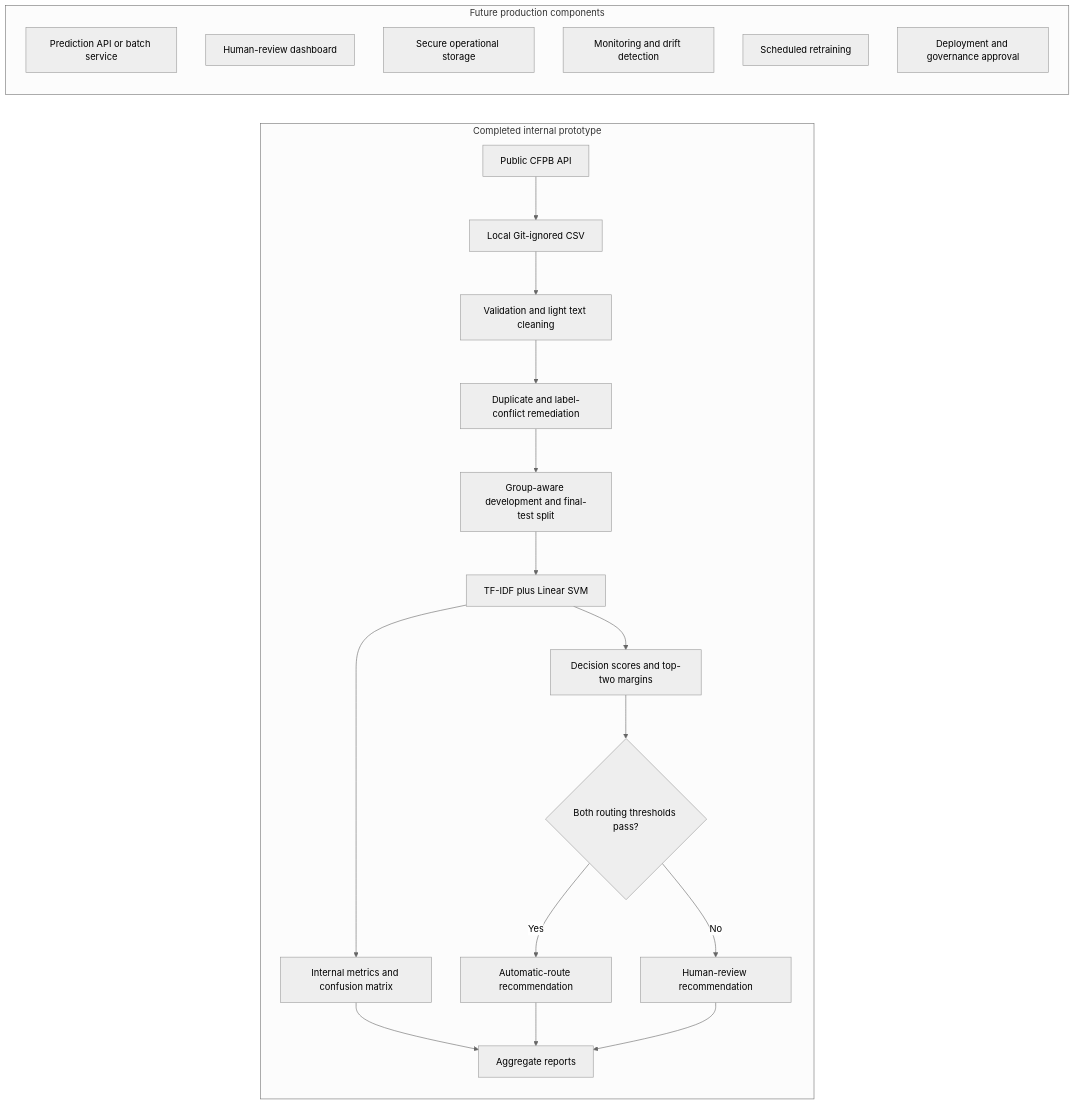
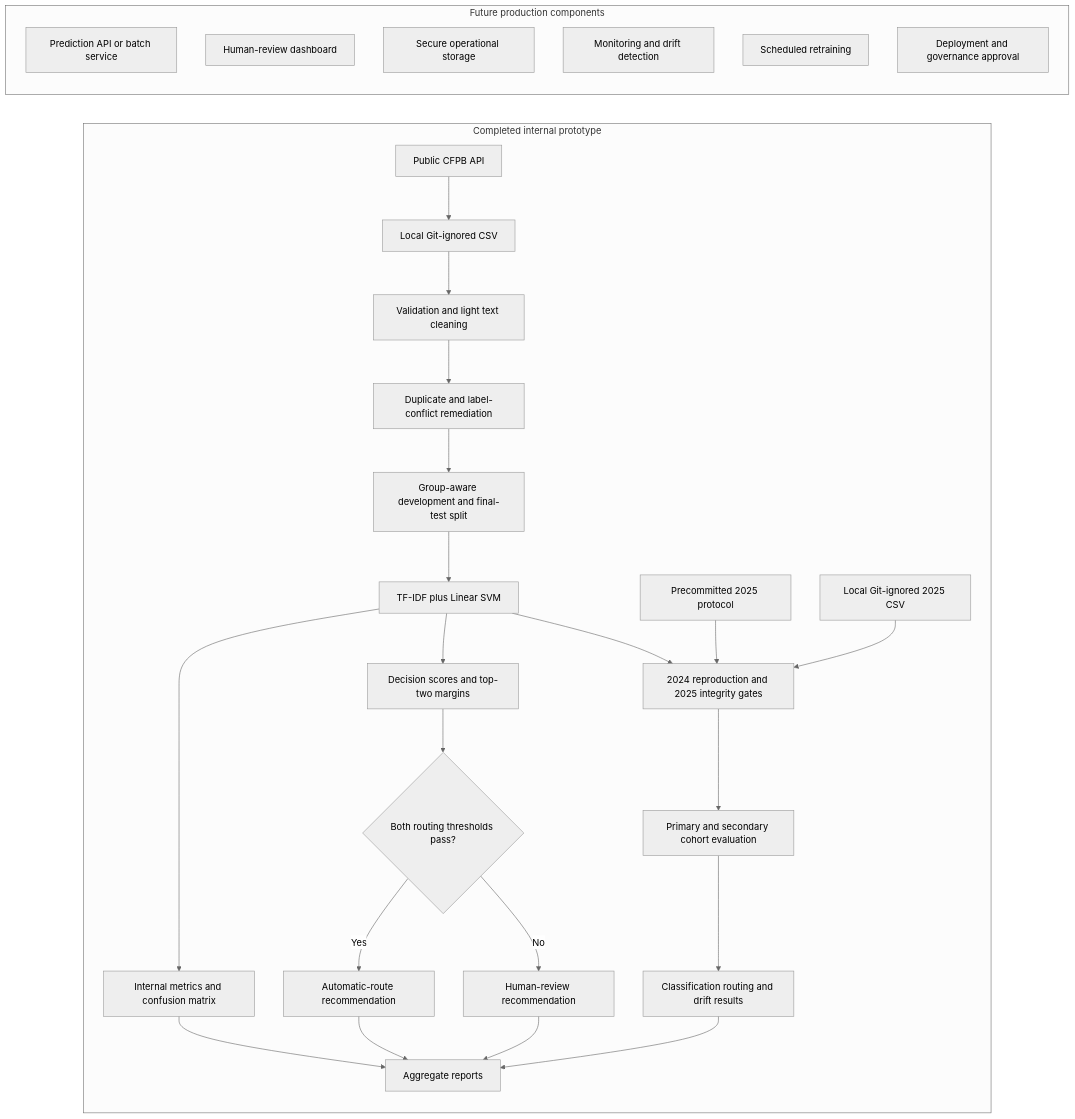
The diagram in docs/system_design.md (rihua-tech/financial-complaint-auto-routing-nlp), drawn with Mermaid (neutral theme) before and after one commit. The commit also changed other lines of this file and 4 other files, not shown here.

````diff
--- a/docs/system_design.md
+++ b/docs/system_design.md
@@ -9,27 +9,33 @@
 ```mermaid
 flowchart LR
     subgraph Completed["Completed internal prototype"]
         A[Public CFPB API] --> B[Local Git-ignored CSV]
         B --> C[Validation and light text cleaning]
         C --> D[Duplicate and label-conflict remediation]
         D --> E[Group-aware development and final-test split]
         E --> F[TF-IDF plus Linear SVM]
         F --> G[Internal metrics and confusion matrix]
         F --> H[Decision scores and top-two margins]
         H --> I{Both routing thresholds pass?}
         I -->|Yes| J[Automatic-route recommendation]
         I -->|No| K[Human-review recommendation]
+        V[Precommitted 2025 protocol] --> W[2024 reproduction and 2025 integrity gates]
+        B2[Local Git-ignored 2025 CSV] --> W
+        F --> W
+        W --> X[Primary and secondary cohort evaluation]
+        X --> Y[Classification routing and drift results]
         G --> L[Aggregate reports]
         J --> L
         K --> L
+        Y --> L
     end
 
     subgraph Future["Future production components"]
         M[Prediction API or batch service]
         N[Human-review dashboard]
         O[Secure operational storage]
         P[Monitoring and drift detection]
         Q[Scheduled retraining]
         R[Deployment and governance approval]
     end
 ```
````
